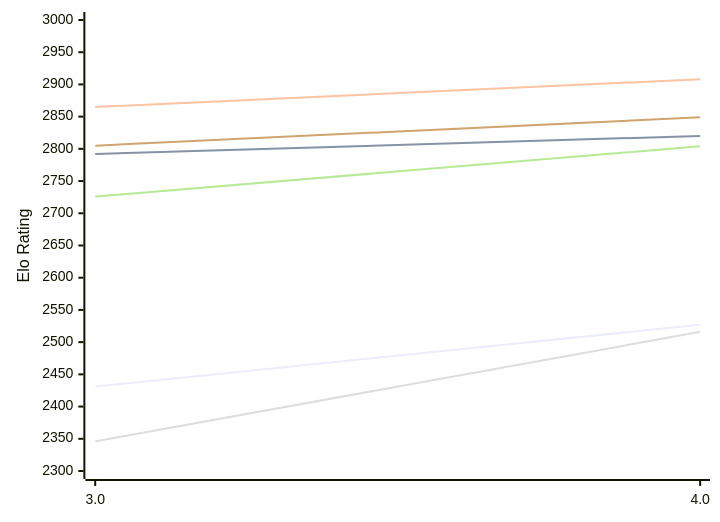
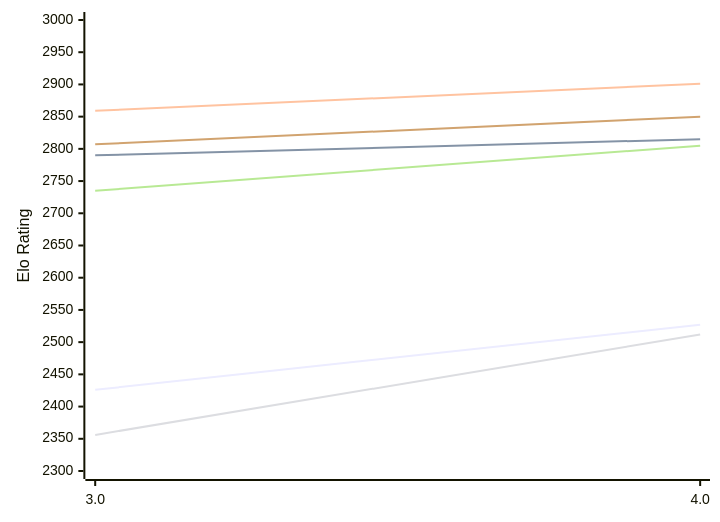
One commit to computer-chess-index/cci changed the first of 2 diagrams in engines/Chess3.md. Above: the diagram before and after it, drawn with Mermaid. The commit also changed other lines of this file, not shown here.

Commit message:
Update CCI Ratings (ELO VLTC) - 2026-11-26

````diff
--- a/engines/Chess3.md
+++ b/engines/Chess3.md
@@ -50,12 +50,12 @@
 ```mermaid
 %%{init: {"theme":"base","themeVariables":{"seriesColors:['#a3a3a3','#222221','#faa371']}}}%%
 xychart-beta
   x-axis ["3.0", "4.0"]
   y-axis "Elo Rating" 2300 --> 3000
-  line "E1: STC (8.0+0.08s)" [2431, 2527]
-  line "E1: LTC (60.0+0.60s)" [2792, 2820]
-  line "E1: VLTC (2m24s+1.12s)" [2865, 2908]
-  line "P1: STC (8.0+0.08s)" [2346, 2516]
-  line "P1: LTC (60.0+0.60s)" [2726, 2804]
-  line "P1: VLTC (2m24s+1.12s)" [2805, 2849]
+  line "E1: STC (8.0+0.08s)" [2426, 2527]
+  line "E1: LTC (60.0+0.60s)" [2790, 2815]
+  line "E1: VLTC (2m24s+1.12s)" [2859, 2901]
+  line "P1: STC (8.0+0.08s)" [2356, 2512]
+  line "P1: LTC (60.0+0.60s)" [2735, 2805]
+  line "P1: VLTC (2m24s+1.12s)" [2807, 2850]
 ```
````
